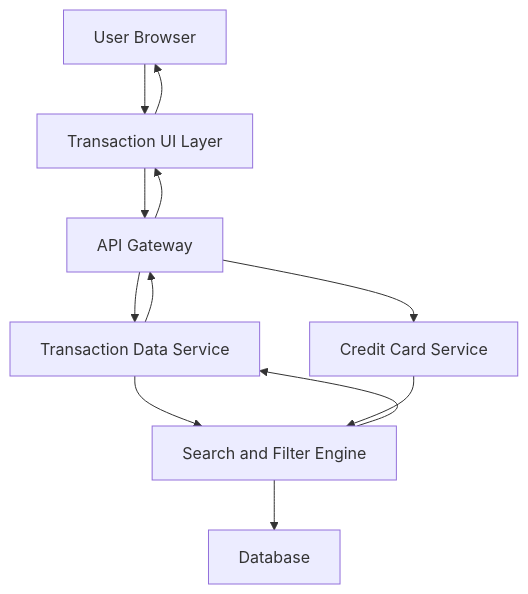
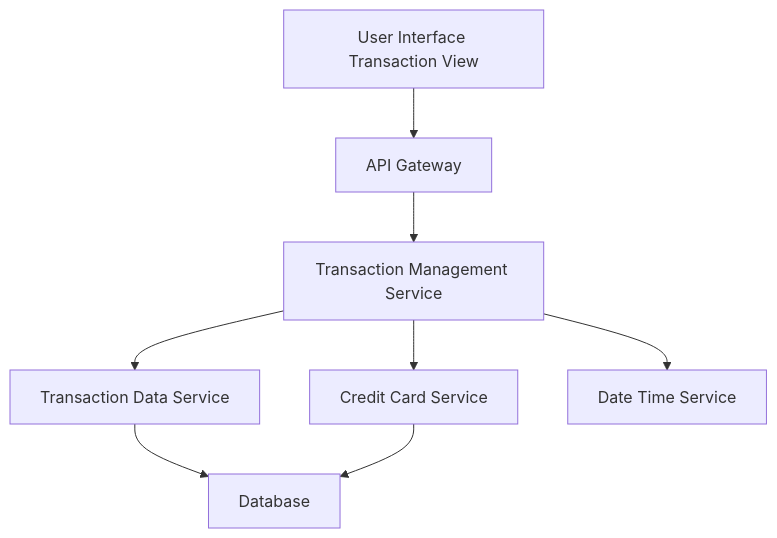
The diagram in HLD/QE-7870_HLD.md (AAVA-Demo/APB_Demo), drawn with Mermaid before and after one commit. The commit also changed other lines of this file and 5 other files, not shown here.

````diff
--- a/HLD/QE-7870_HLD.md
+++ b/HLD/QE-7870_HLD.md
@@ -7,21 +7,17 @@
 ```mermaid
 flowchart TD
-    A["User Browser"]
-    B["Transaction UI Layer"]
-    C["API Gateway"]
+    A["User Interface Transaction View"]
+    B["API Gateway"]
+    C["Transaction Management Service"]
     D["Transaction Data Service"]
     E["Credit Card Service"]
-    F["Search and Filter Engine"]
+    F["Date Time Service"]
     G["Database"]
     A --> B
     B --> C
     C --> D
     C --> E
-    D --> F
-    E --> F
-    F --> G
-    F --> D
-    D --> C
-    C --> B
-    B --> A
+    C --> F
+    D --> G
+    E --> G
 ```
````
